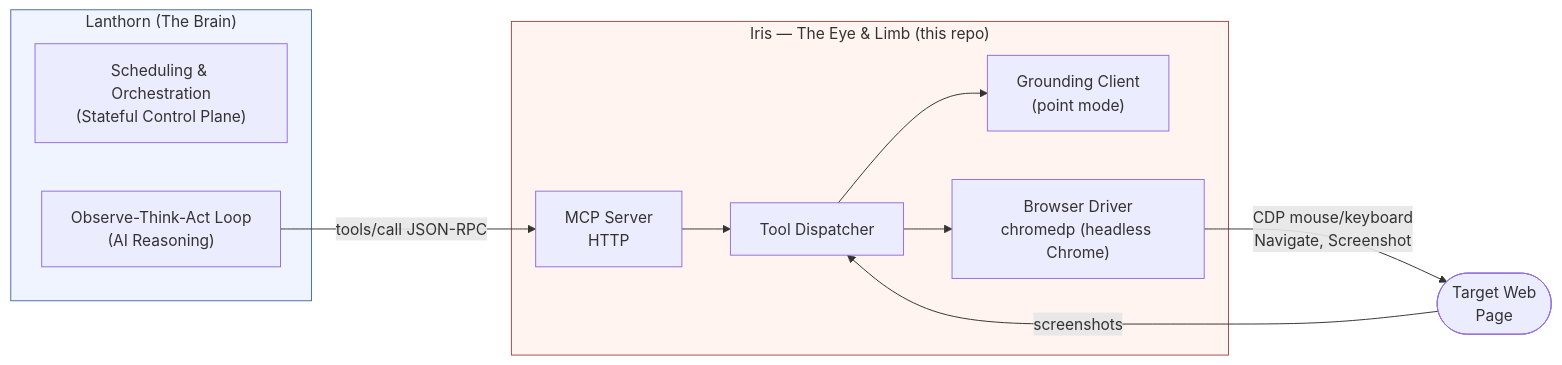
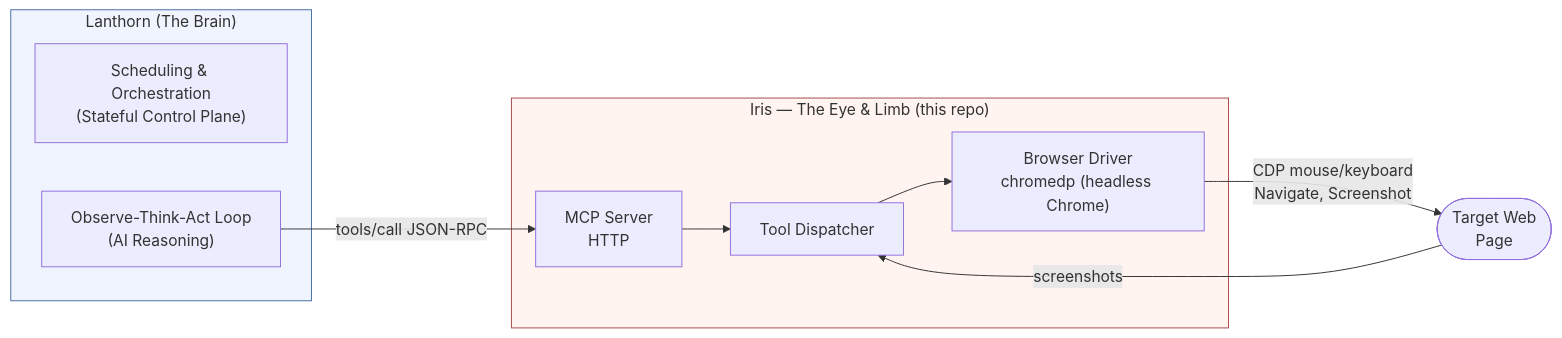
Before and after one commit to LanthornHQ/iris: the diagram in README.md, drawn with Mermaid. The commit also changed other lines of this file and 17 other files, not shown here.

````diff
--- a/README.md
+++ b/README.md
@@ -7,26 +7,24 @@
 ```mermaid
 graph LR
     subgraph LAN["Lanthorn (The Brain)"]
         ORCH["Scheduling & Orchestration\n(Stateful Control Plane)"]
         REASON["Observe-Think-Act Loop\n(AI Reasoning)"]
     end
 
     subgraph IRIS["Iris — The Eye & Limb (this repo)"]
         MCP["MCP Server\nHTTP"]
         DISPATCH["Tool Dispatcher"]
-        GR["Grounding Client\n(point mode)"]
         BROWSER["Browser Driver\nchromedp (headless Chrome)"]
     end
 
     TARGET(["Target Web\nPage"])
 
     REASON -->|"tools/call JSON-RPC"| MCP
     MCP --> DISPATCH
-    DISPATCH --> GR
     DISPATCH --> BROWSER
     BROWSER -->|"CDP mouse/keyboard\nNavigate, Screenshot"| TARGET
     TARGET -->|"screenshots"| DISPATCH
 
     style LAN fill:#f0f4ff,stroke:#4a6fa5
     style IRIS fill:#fff4f0,stroke:#a54a4a
 ```
````
